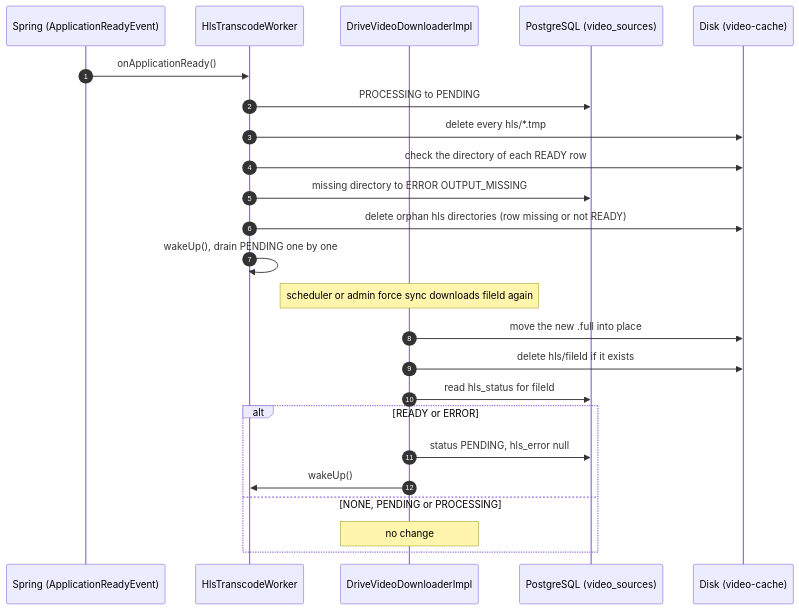
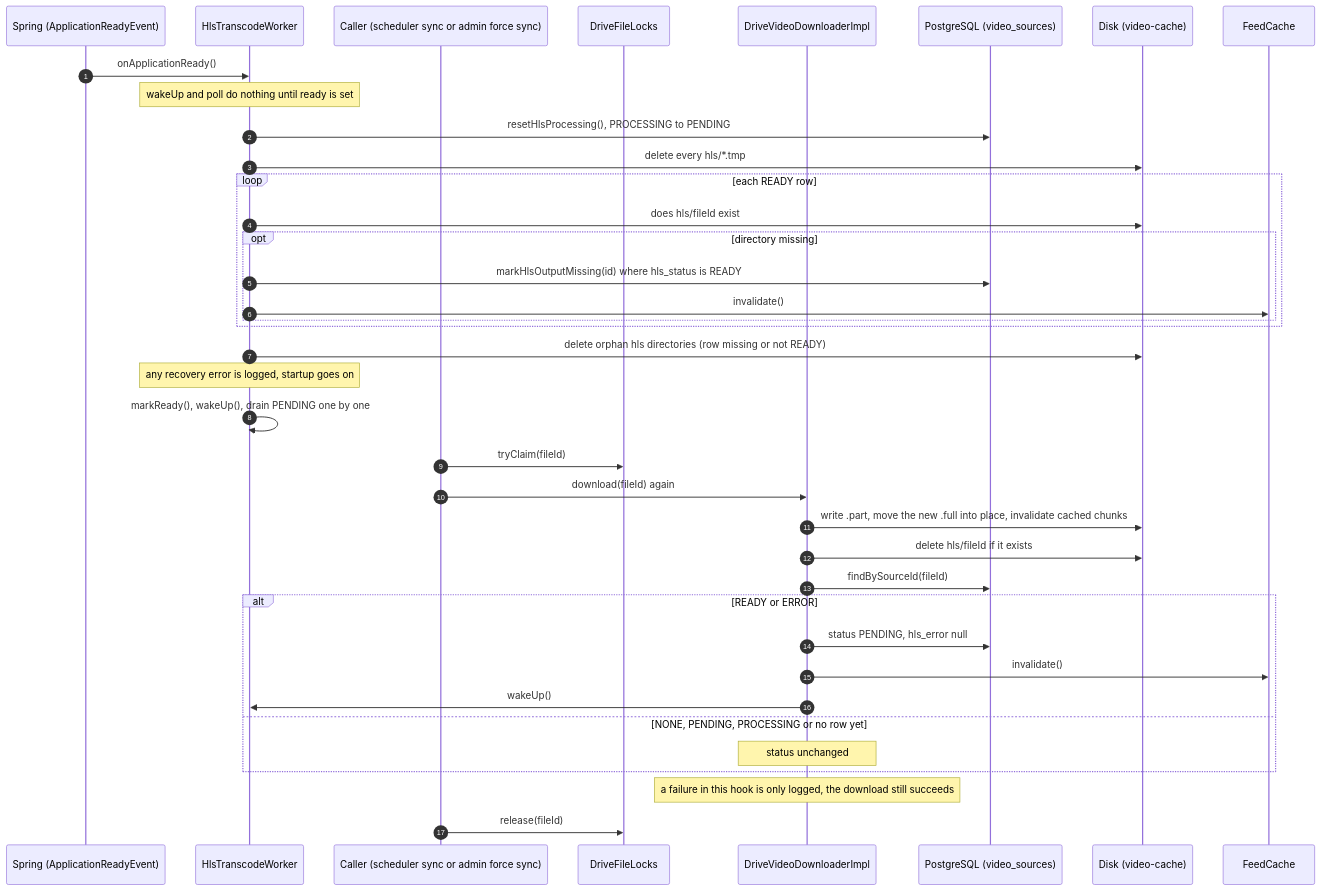
Before and after one commit to nguyenhuuca/assessment: the sixth of 6 diagrams in docs/sequence/sequence-hls-streaming.md, drawn with Mermaid. The commit also changed other lines of this file, not shown here.

First line of the commit message:
docs(hls): bring sequence flows 1, 2, 5 and 6 up to date with the code

````diff
--- a/docs/sequence/sequence-hls-streaming.md
+++ b/docs/sequence/sequence-hls-streaming.md
@@ -229,28 +275,42 @@
 ```mermaid
 sequenceDiagram
     autonumber
     participant App as Spring (ApplicationReadyEvent)
     participant W as HlsTranscodeWorker
+    participant C as Caller (scheduler sync or admin force sync)
+    participant L as DriveFileLocks
     participant D as DriveVideoDownloaderImpl
     participant DB as PostgreSQL (video_sources)
     participant FS as Disk (video-cache)
+    participant FC as FeedCache
 
     App->>W: onApplicationReady()
-    W->>DB: PROCESSING to PENDING
+    Note over W: wakeUp and poll do nothing until ready is set
+    W->>DB: resetHlsProcessing(), PROCESSING to PENDING
     W->>FS: delete every hls/*.tmp
-    W->>FS: check the directory of each READY row
-    W->>DB: missing directory to ERROR OUTPUT_MISSING
+    loop each READY row
+        W->>FS: does hls/fileId exist
+        opt directory missing
+            W->>DB: markHlsOutputMissing(id) where hls_status is READY
+            W->>FC: invalidate()
+        end
+    end
     W->>FS: delete orphan hls directories (row missing or not READY)
-    W->>W: wakeUp(), drain PENDING one by one
+    Note over W: any recovery error is logged, startup goes on
+    W->>W: markReady(), wakeUp(), drain PENDING one by one
 
-    Note over D: scheduler or admin force sync downloads fileId again
-    D->>FS: move the new .full into place
+    C->>L: tryClaim(fileId)
+    C->>D: download(fileId) again
+    D->>FS: write .part, move the new .full into place, invalidate cached chunks
     D->>FS: delete hls/fileId if it exists
-    D->>DB: read hls_status for fileId
+    D->>DB: findBySourceId(fileId)
     alt READY or ERROR
         D->>DB: status PENDING, hls_error null
+        D->>FC: invalidate()
         D->>W: wakeUp()
-    else NONE, PENDING or PROCESSING
-        Note over D: no change
+    else NONE, PENDING, PROCESSING or no row yet
+        Note over D: status unchanged
     end
+    Note over D: a failure in this hook is only logged, the download still succeeds
+    C->>L: release(fileId)
 ```
````
